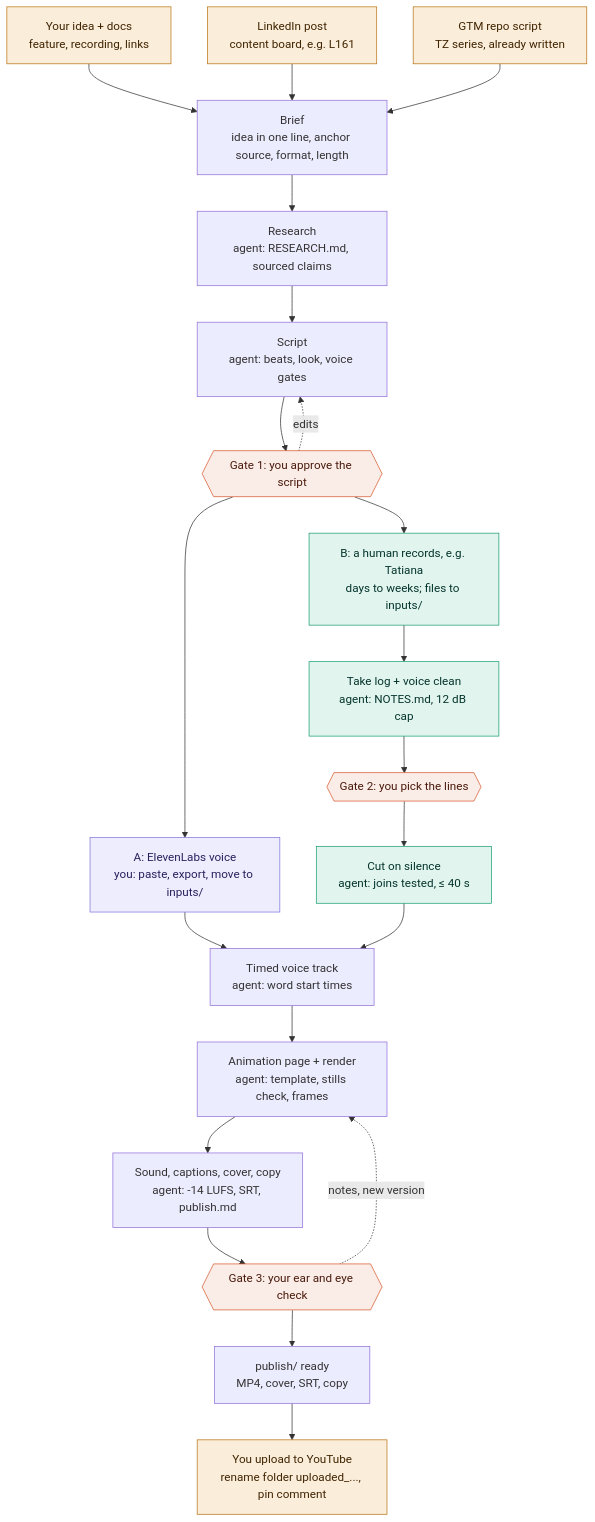
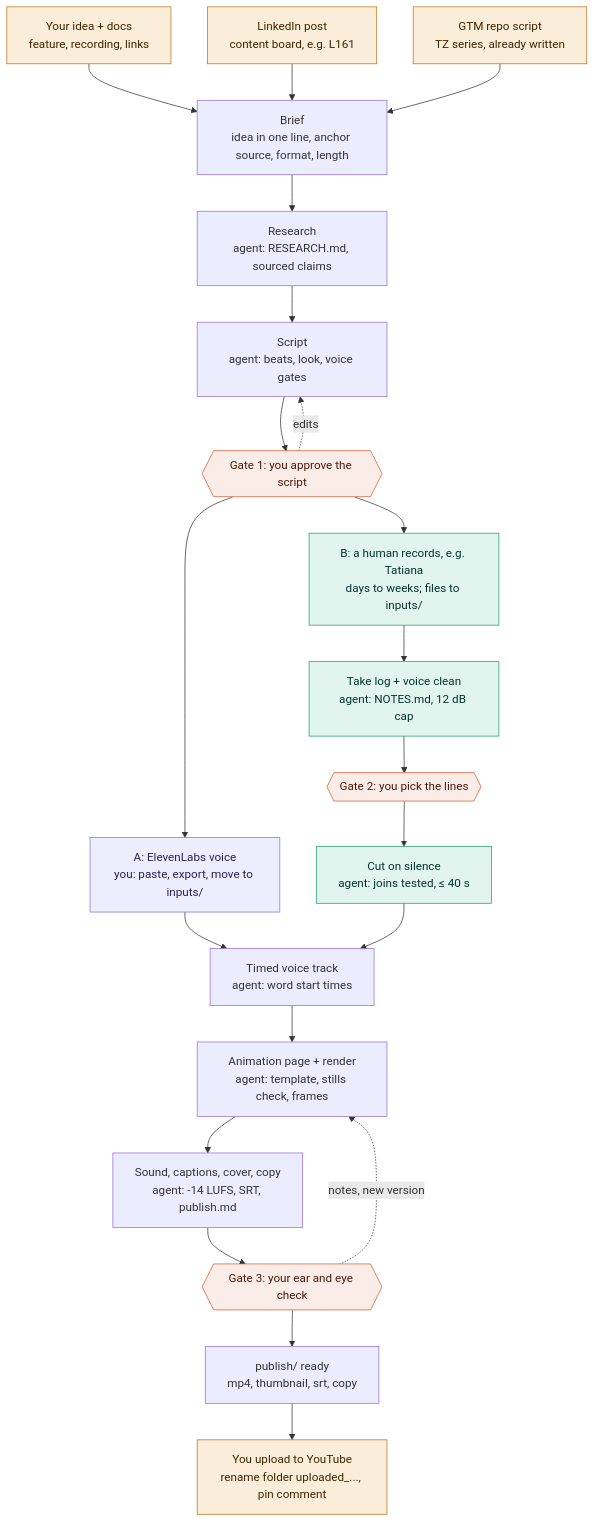
The diagram in docs/current-flows.md (dariasolomina-oss/malina-scaling-videos), drawn with Mermaid before and after one commit. The commit also changed 2 other files, not shown here.

Commit message:
docs: deliverable naming; index of where requirements live, with conflicts

````diff
--- a/docs/current-flows.md
+++ b/docs/current-flows.md
@@ -5,33 +5,33 @@
 ```mermaid
 flowchart TB
   classDef human fill:#FAEEDA,stroke:#BA7517,color:#412402
   classDef gate fill:#FAECE7,stroke:#D85A30,color:#4A1B0C
   classDef ai fill:#EEEDFE,stroke:#7F77DD,color:#26215C
   classDef hv fill:#E1F5EE,stroke:#1D9E75,color:#04342C
 
   T1[Your idea + docs<br/>feature, recording, links]:::human
   T2[LinkedIn post<br/>content board, e.g. L161]:::human
   T3[GTM repo script<br/>TZ series, already written]:::human
   T1 --> BR
   T2 --> BR
   T3 --> BR
   BR[Brief<br/>idea in one line, anchor source, format, length]
   BR --> R[Research<br/>agent: RESEARCH.md, sourced claims]
   R --> S[Script<br/>agent: beats, look, voice gates]
   S --> G1{{Gate 1: you approve the script}}:::gate
   G1 -. edits .-> S
   G1 --> A[A: ElevenLabs voice<br/>you: paste, export, move to inputs/]:::ai
   G1 --> B1[B: a human records, e.g. Tatiana<br/>days to weeks; files to inputs/]:::hv
   B1 --> B2[Take log + voice clean<br/>agent: NOTES.md, 12 dB cap]:::hv
   B2 --> G2{{Gate 2: you pick the lines}}:::gate
   G2 --> B3[Cut on silence<br/>agent: joins tested, ≤ 40 s]:::hv
   A --> V
   B3 --> V
   V[Timed voice track<br/>agent: word start times]
   V --> AN[Animation page + render<br/>agent: template, stills check, frames]
   AN --> SC[Sound, captions, cover, copy<br/>agent: -14 LUFS, SRT, publish.md]
   SC --> G3{{Gate 3: your ear and eye check}}:::gate
   G3 -. notes, new version .-> AN
-  G3 --> P[publish/ ready<br/>MP4, cover, SRT, copy]
+  G3 --> P[publish/ ready<br/>mp4, thumbnail, srt, copy]
   P --> U[You upload to YouTube<br/>rename folder uploaded_..., pin comment]:::human
 ```
````
